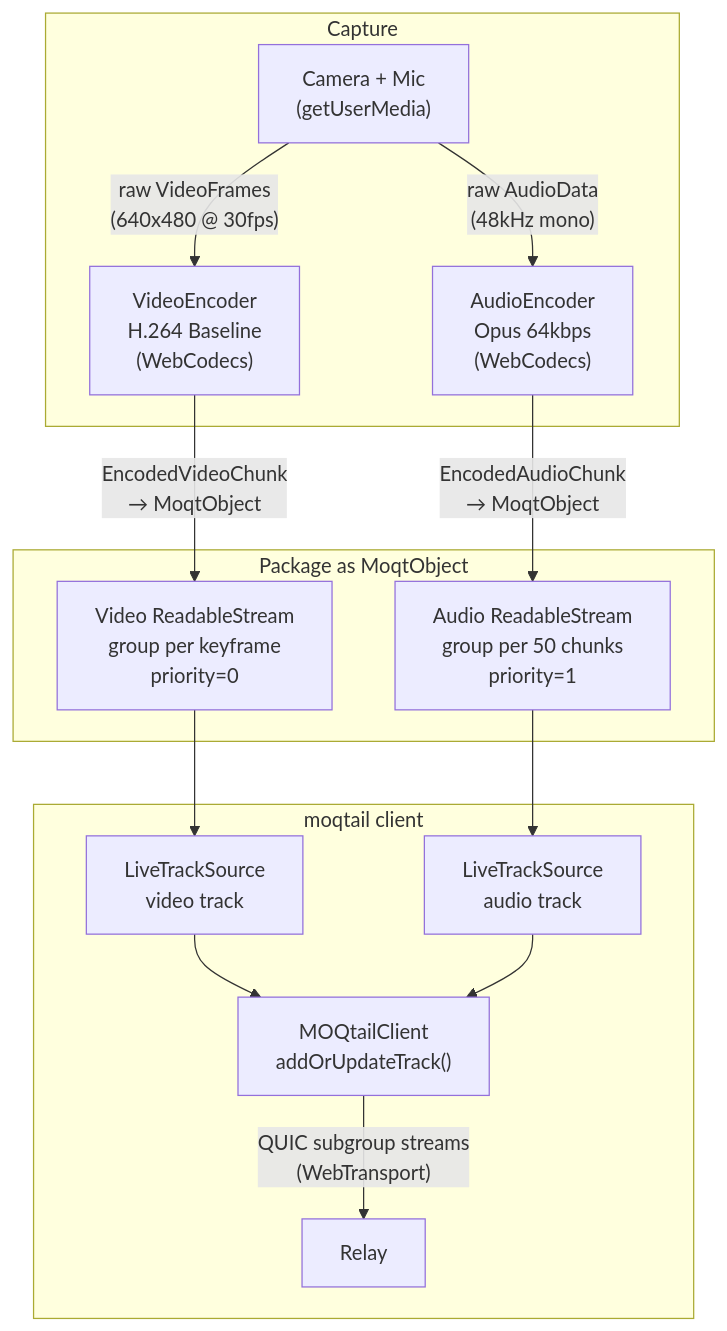
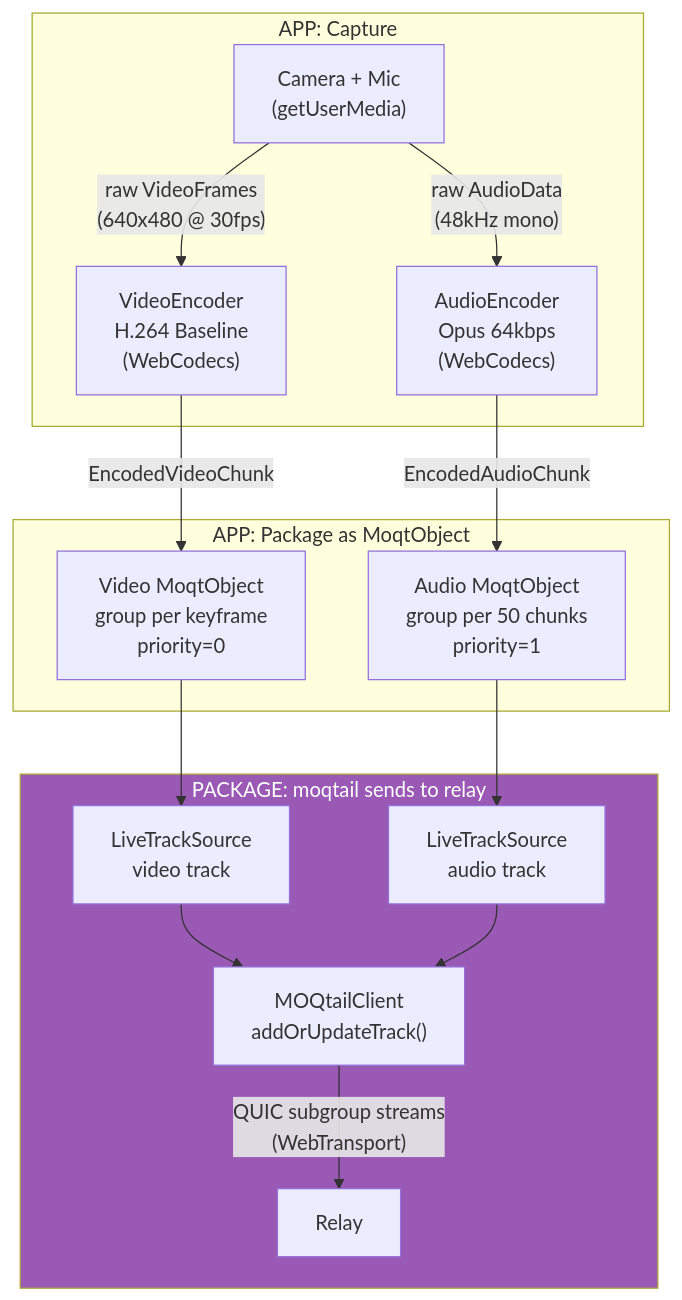
The fifth of 9 diagrams in ARCHITECTURE.md (pathscale/moq-test5-moqtail), drawn with Mermaid before and after one commit. The commit also changed other lines of this file, not shown here.

First line of the commit message:
docs: clarify app vs protocol package throughout ARCHITECTURE.md

````diff
--- a/ARCHITECTURE.md
+++ b/ARCHITECTURE.md
@@ -169,21 +181,23 @@
 ```mermaid
 graph TD
-    subgraph Capture
+    subgraph Capture["APP: Capture"]
         CAM["Camera + Mic\n(getUserMedia)"]
         CAM -->|"raw VideoFrames\n(640x480 @ 30fps)"| VE["VideoEncoder\nH.264 Baseline\n(WebCodecs)"]
         CAM -->|"raw AudioData\n(48kHz mono)"| AE["AudioEncoder\nOpus 64kbps\n(WebCodecs)"]
     end
 
-    subgraph Package["Package as MoqtObject"]
-        VE -->|"EncodedVideoChunk\n→ MoqtObject"| VS["Video ReadableStream\ngroup per keyframe\npriority=0"]
-        AE -->|"EncodedAudioChunk\n→ MoqtObject"| AS["Audio ReadableStream\ngroup per 50 chunks\npriority=1"]
+    subgraph Package_out["APP: Package as MoqtObject"]
+        VE -->|"EncodedVideoChunk"| VS["Video MoqtObject\ngroup per keyframe\npriority=0"]
+        AE -->|"EncodedAudioChunk"| AS["Audio MoqtObject\ngroup per 50 chunks\npriority=1"]
     end
 
-    subgraph Send["moqtail client"]
+    subgraph Send["PACKAGE: moqtail sends to relay"]
         VS --> LTS_V["LiveTrackSource\nvideo track"]
         AS --> LTS_A["LiveTrackSource\naudio track"]
         LTS_V --> CLIENT["MOQtailClient\naddOrUpdateTrack()"]
         LTS_A --> CLIENT
         CLIENT -->|"QUIC subgroup streams\n(WebTransport)"| RELAY["Relay"]
     end
+
+    style Send fill:#9b59b6,color:#fff
 ```
````
